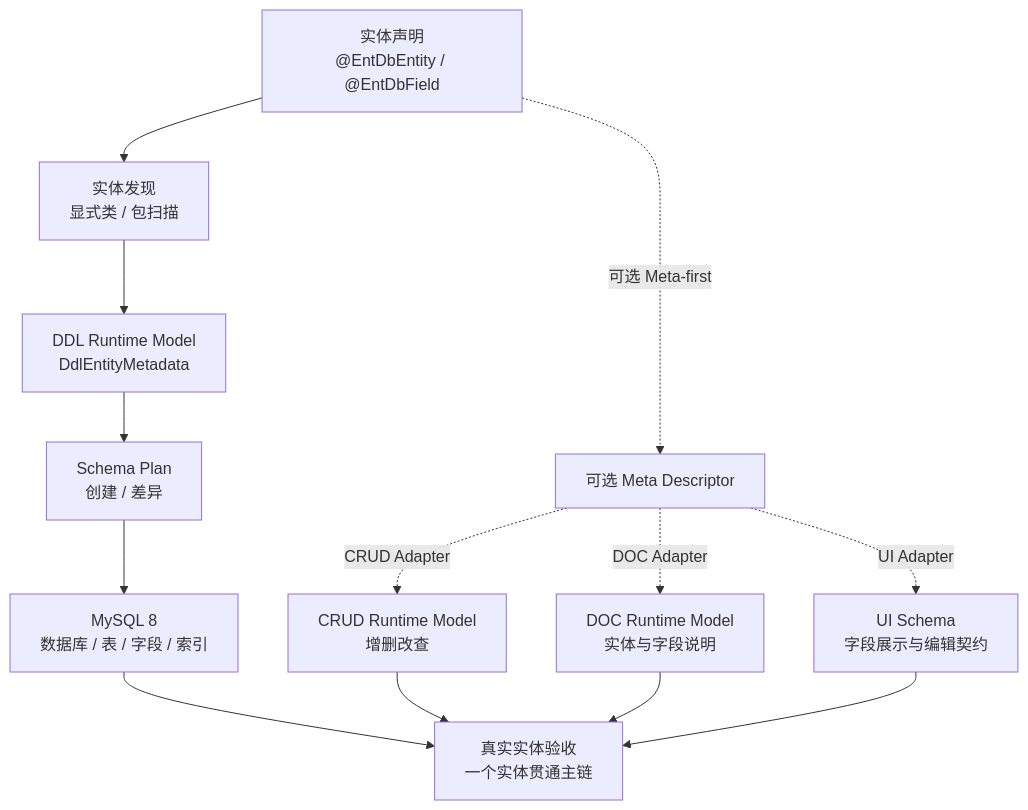
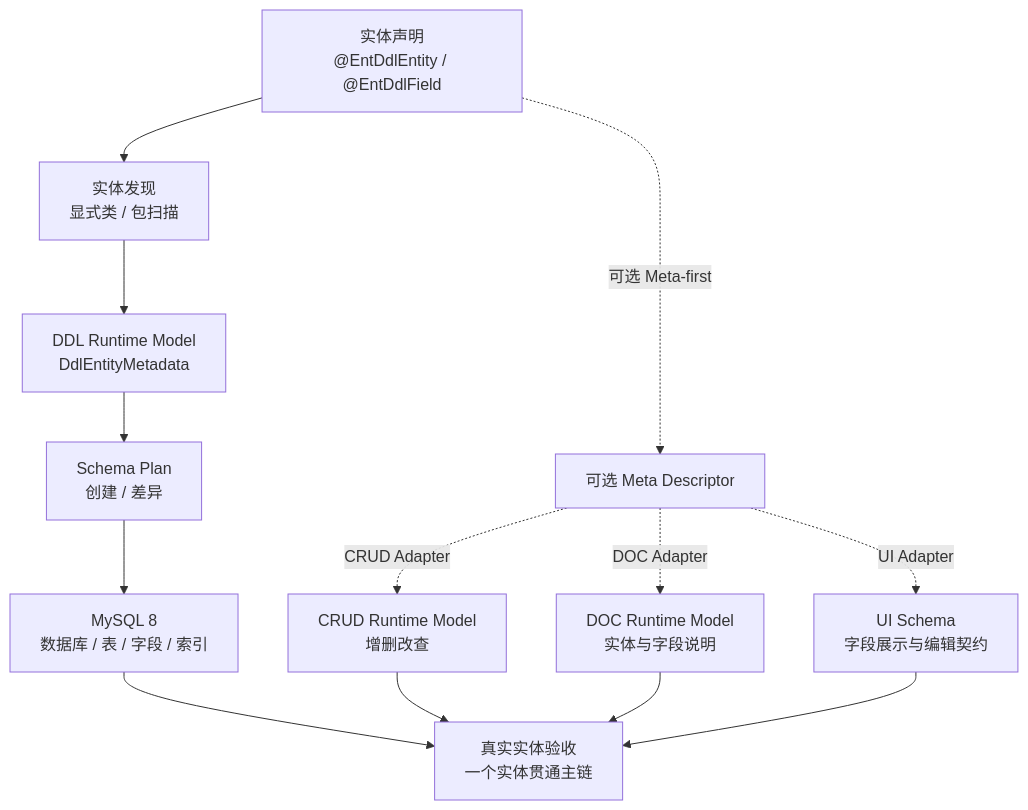
Before and after one commit to ent-loom/ent-loom: the first of 3 diagrams in docs/evolution/roadmap/ddl/DDL实施清单.md, drawn with Mermaid. The commit also changed other lines of this file and 26 other files, not shown here.

````diff
--- a/docs/evolution/roadmap/ddl/DDL实施清单.md
+++ b/docs/evolution/roadmap/ddl/DDL实施清单.md
@@ -15,23 +15,23 @@
 ```mermaid
 flowchart TB
-    declare["实体声明\n@EntDbEntity / @EntDbField"]
+declare["实体声明\n@EntDdlEntity / @EntDdlField"]
     discover["实体发现\n显式类 / 包扫描"]
     runtime["DDL Runtime Model\nDdlEntityMetadata"]
     plan["Schema Plan\n创建 / 差异"]
     mysql["MySQL 8\n数据库 / 表 / 字段 / 索引"]
     meta["可选 Meta Descriptor"]
     crud["CRUD Runtime Model\n增删改查"]
     doc["DOC Runtime Model\n实体与字段说明"]
     ui["UI Schema\n字段展示与编辑契约"]
     demo["真实实体验收\n一个实体贯通主链"]
 
     declare --> discover --> runtime --> plan --> mysql
     declare -. "可选 Meta-first" .-> meta
     meta -. "CRUD Adapter" .-> crud
     meta -. "DOC Adapter" .-> doc
     meta -. "UI Adapter" .-> ui
     mysql --> demo
     crud --> demo
     doc --> demo
     ui --> demo
 ```
````
